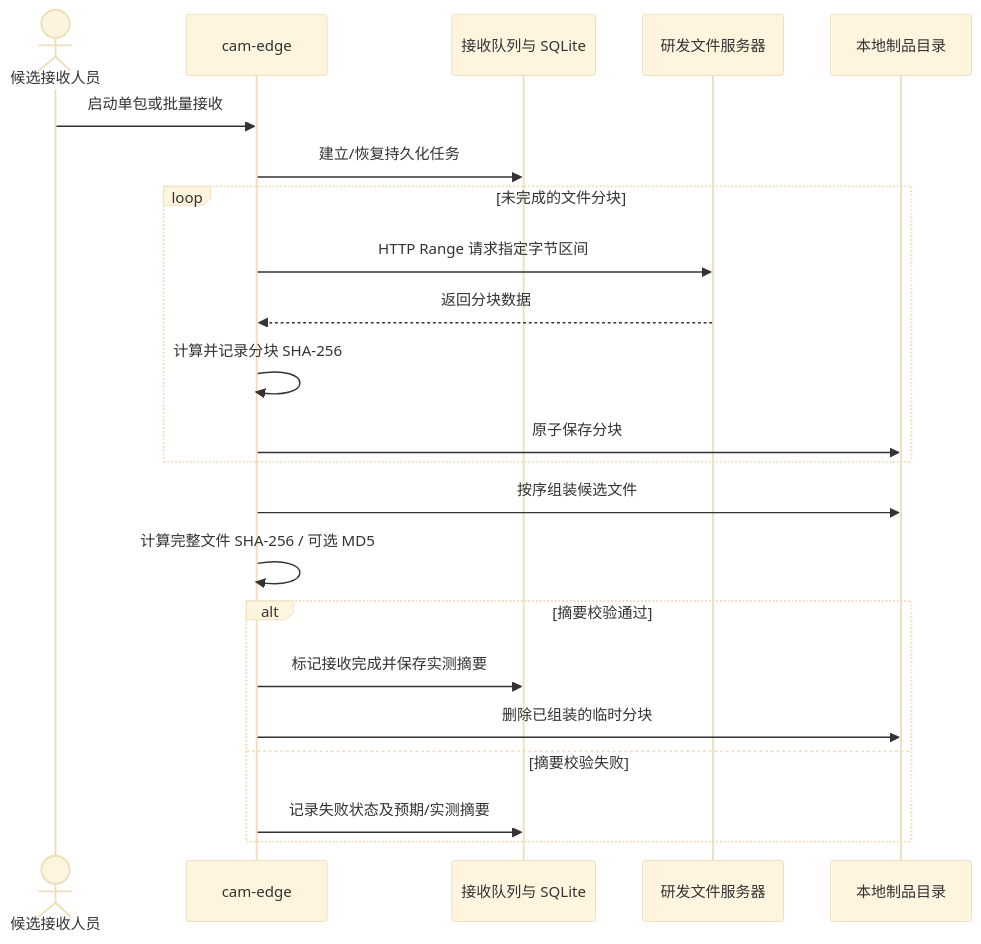
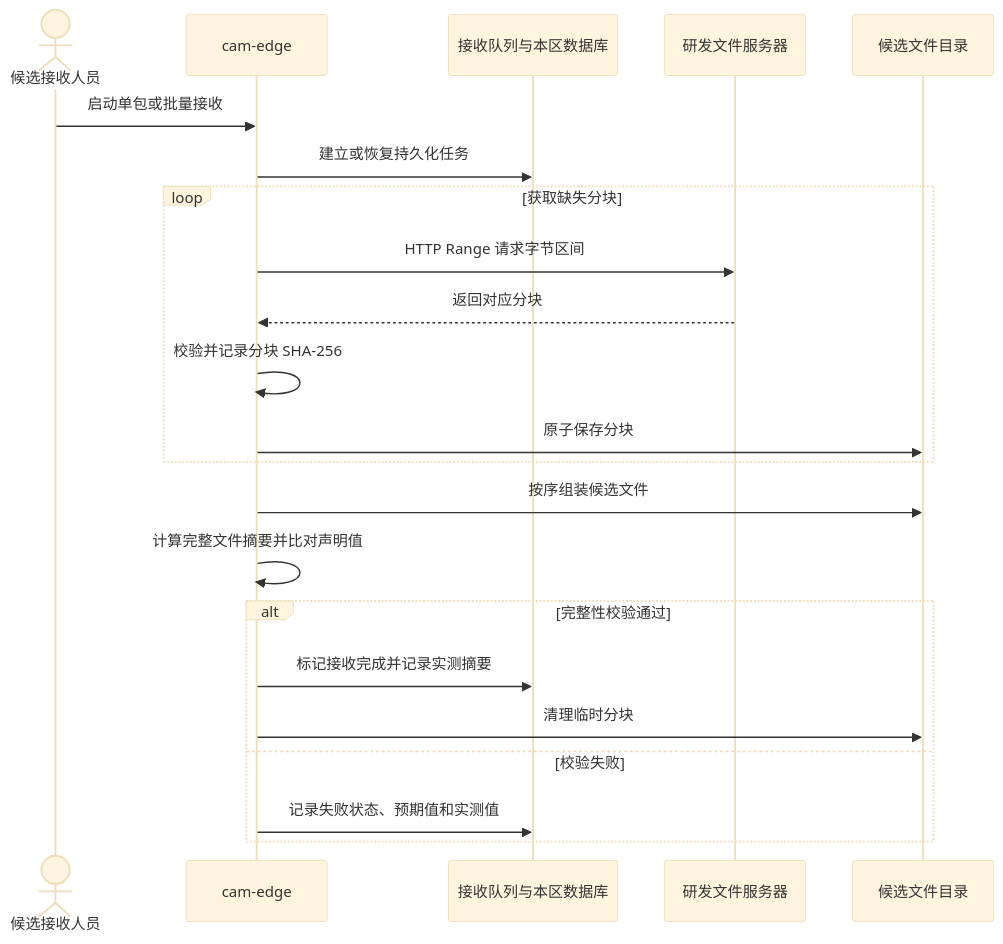
One commit to dongsweet/cloud-artifact-management changed the third of 5 diagrams in docs/assessment-overview.md. Above: the diagram before and after it, drawn with Mermaid (base theme). The commit also changed other lines of this file, not shown here.

````diff
--- a/docs/assessment-overview.md
+++ b/docs/assessment-overview.md
@@ -109,25 +118,25 @@
 ```mermaid
 sequenceDiagram
     actor U as 候选接收人员
     participant E as cam-edge
-    participant Q as 接收队列与 SQLite
+    participant Q as 接收队列与本区数据库
     participant S as 研发文件服务器
-    participant F as 本地制品目录
+    participant F as 候选文件目录
 
     U->>E: 启动单包或批量接收
-    E->>Q: 建立/恢复持久化任务
-    loop 未完成的文件分块
-        E->>S: HTTP Range 请求指定字节区间
-        S-->>E: 返回分块数据
-        E->>E: 计算并记录分块 SHA-256
+    E->>Q: 建立或恢复持久化任务
+    loop 获取缺失分块
+        E->>S: HTTP Range 请求字节区间
+        S-->>E: 返回对应分块
+        E->>E: 校验并记录分块 SHA-256
         E->>F: 原子保存分块
     end
     E->>F: 按序组装候选文件
-    E->>E: 计算完整文件 SHA-256 / 可选 MD5
-    alt 摘要校验通过
-        E->>Q: 标记接收完成并保存实测摘要
-        E->>F: 删除已组装的临时分块
-    else 摘要校验失败
-        E->>Q: 记录失败状态及预期/实测摘要
+    E->>E: 计算完整文件摘要并比对声明值
+    alt 完整性校验通过
+        E->>Q: 标记接收完成并记录实测摘要
+        E->>F: 清理临时分块
+    else 校验失败
+        E->>Q: 记录失败状态、预期值和实测值
     end
 ```
````
